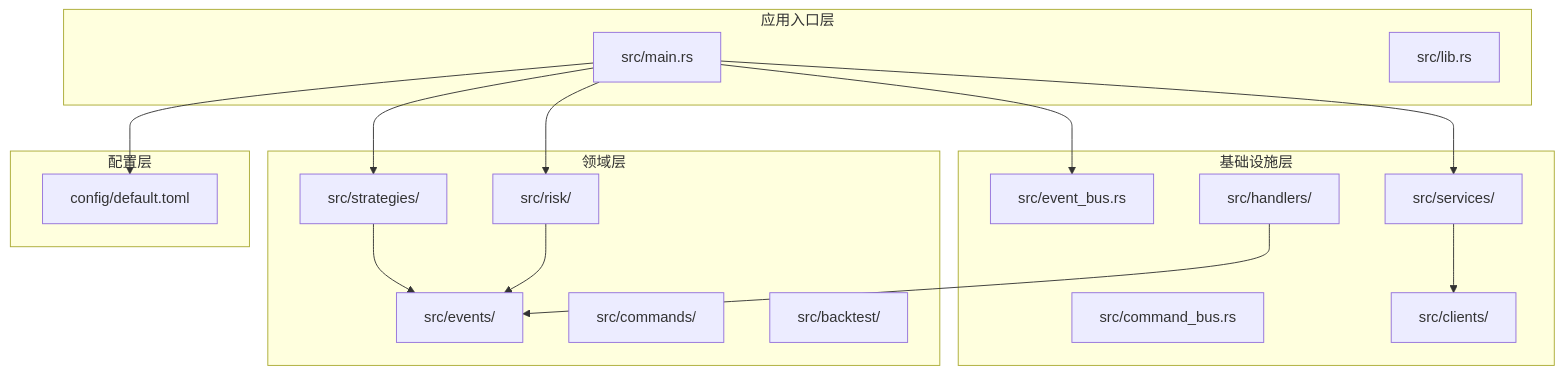
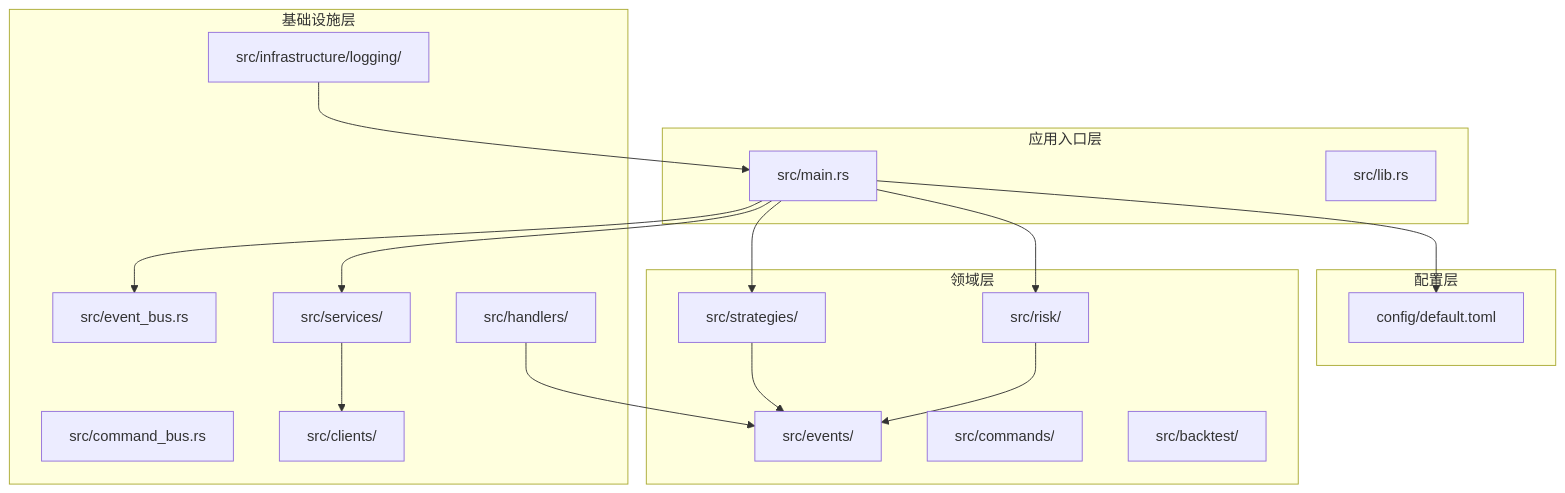
The first of 13 diagrams in .qoder/repowiki/zh/content/核心模块/Binance客户端.md (Heres1/binanceWebsocket), drawn with Mermaid before and after one commit. The commit also changed other lines of this file and 8 other files, not shown here.

````diff
--- a/.qoder/repowiki/zh/content/核心模块/Binance客户端.md
+++ b/.qoder/repowiki/zh/content/核心模块/Binance客户端.md
@@ -52,33 +60,35 @@
 ```mermaid
 graph TB
 subgraph "应用入口层"
 MAIN[src/main.rs]
 LIB[src/lib.rs]
 end
 subgraph "基础设施层"
 EVENT_BUS[src/event_bus.rs]
 COMMAND_BUS[src/command_bus.rs]
 CLIENTS[src/clients/]
 SERVICES[src/services/]
 HANDLERS[src/handlers/]
+LOGGING[src/infrastructure/logging/]
 end
 subgraph "领域层"
 STRATEGIES[src/strategies/]
 EVENTS[src/events/]
 COMMANDS[src/commands/]
 RISK[src/risk/]
 BACKTEST[src/backtest/]
 end
 subgraph "配置层"
 CONFIG[config/default.toml]
 end
 MAIN --> EVENT_BUS
 MAIN --> SERVICES
 MAIN --> STRATEGIES
 MAIN --> RISK
 MAIN --> CONFIG
 SERVICES --> CLIENTS
 STRATEGIES --> EVENTS
 HANDLERS --> EVENTS
 RISK --> EVENTS
+LOGGING --> MAIN
 ```
````
